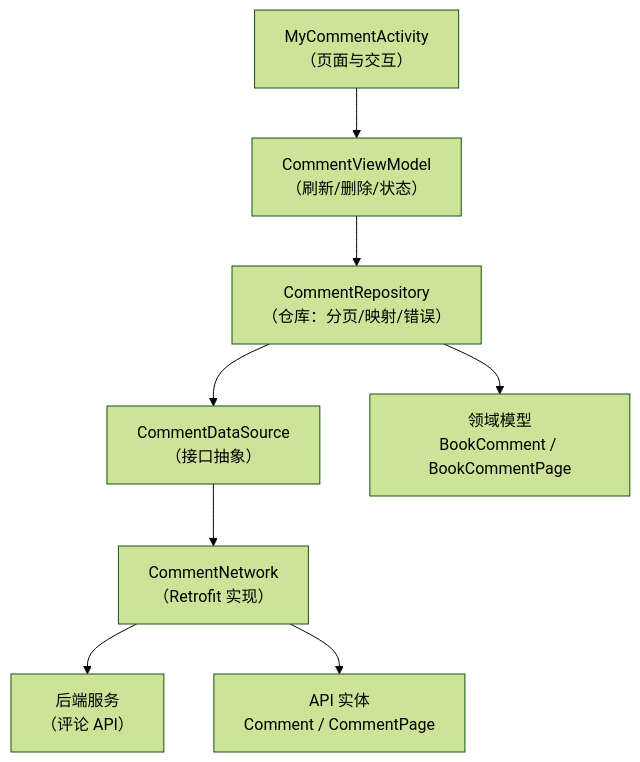
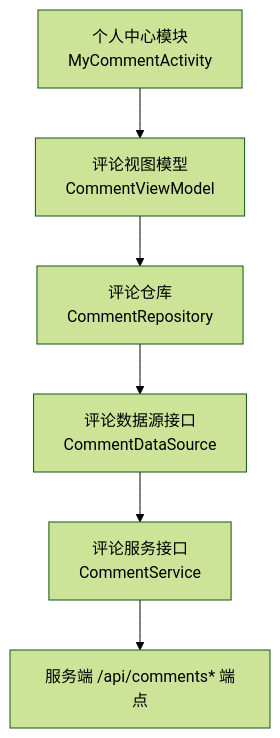
One commit to xrn1997/android-ebook changed the first of 5 diagrams in .qoder/repowiki/zh/content/核心模块/个人中心模块 (module_me)/评论管理功能.md. Above: the diagram before and after it, drawn with Mermaid (forest theme). The commit also changed other lines of this file and 456 other files, not shown here.

````diff
--- a/.qoder/repowiki/zh/content/核心模块/个人中心模块 (module_me)/评论管理功能.md
+++ b/.qoder/repowiki/zh/content/核心模块/个人中心模块 (module_me)/评论管理功能.md
@@ -44,10 +35,8 @@
 ```mermaid
 graph TB
-    A["MyCommentActivity<br/>（页面与交互）"] --> B["CommentViewModel<br/>（刷新/删除/状态）"]
-    B --> C["CommentRepository<br/>（仓库：分页/映射/错误）"]
-    C --> D["CommentDataSource<br/>（接口抽象）"]
-    D --> E["CommentNetwork<br/>（Retrofit 实现）"]
-    E --> F["后端服务<br/>（评论 API）"]
-    C --> G["领域模型<br/>BookComment / BookCommentPage"]
-    E --> H["API 实体<br/>Comment / CommentPage"]
+    A["个人中心模块<br/>MyCommentActivity"] --> B["评论视图模型<br/>CommentViewModel"]
+    B --> C["评论仓库<br/>CommentRepository"]
+    C --> D["评论数据源接口<br/>CommentDataSource"]
+    D --> E["评论服务接口<br/>CommentService"]
+    E --> F["服务端 /api/comments* 端点"]
 ```
````
